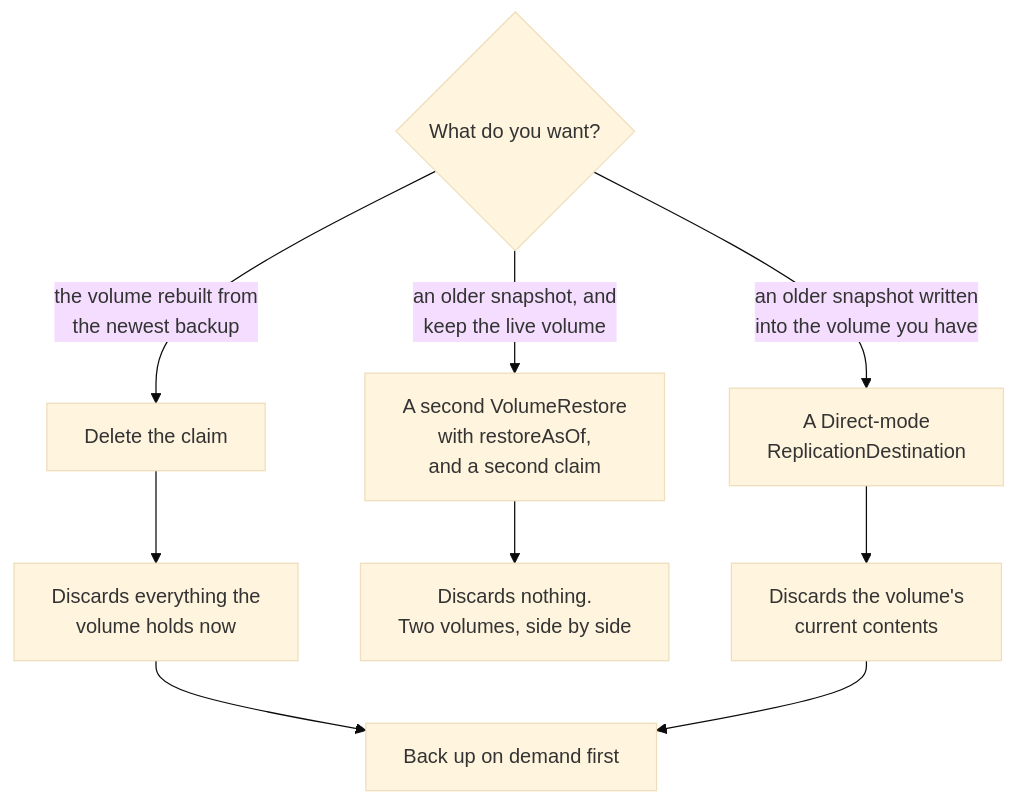
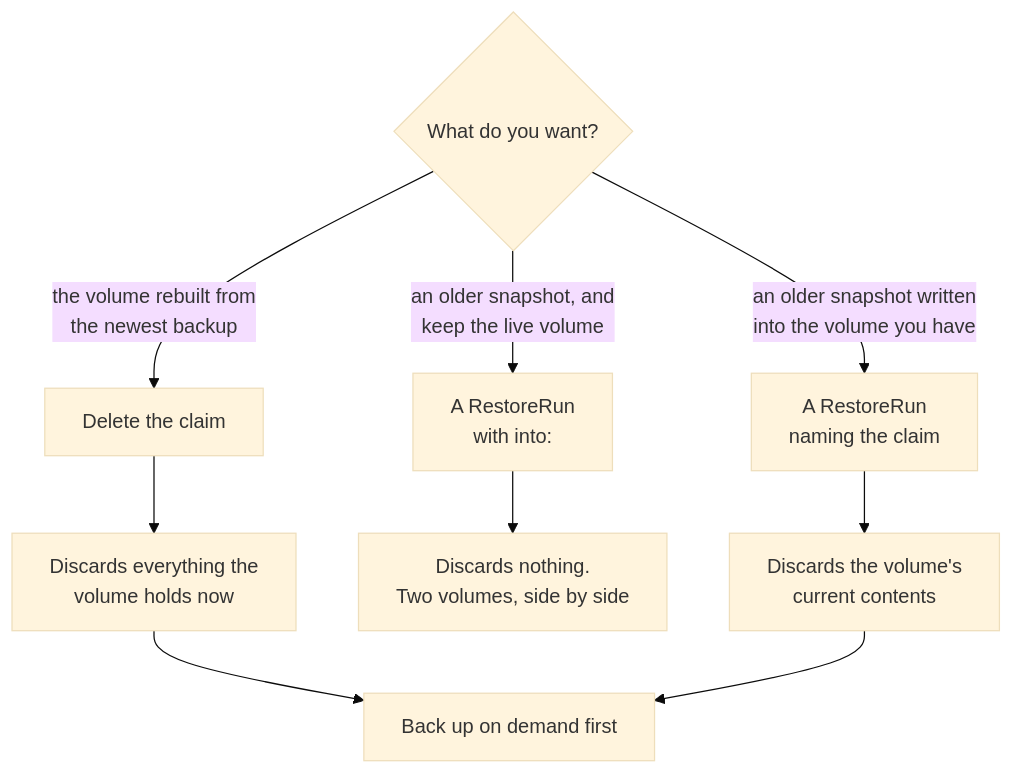
One commit to walzen-group/backup-controller changed the second of 3 diagrams in docs/restores.md. Above: the diagram before and after it, drawn with Mermaid (base theme). The commit also changed other lines of this file and 9 other files, not shown here.

````diff
--- a/docs/restores.md
+++ b/docs/restores.md
@@ -31,15 +32,15 @@
 ```mermaid
 flowchart TD
     S{"What do you want?"}
 
     S -- "the volume rebuilt from<br/>the newest backup" --> A["Delete the claim"]
-    S -- "an older snapshot, and<br/>keep the live volume" --> B["A second VolumeRestore<br/>with restoreAsOf,<br/>and a second claim"]
-    S -- "an older snapshot written<br/>into the volume you have" --> C["A Direct-mode<br/>ReplicationDestination"]
+    S -- "an older snapshot, and<br/>keep the live volume" --> B["A RestoreRun<br/>with into:"]
+    S -- "an older snapshot written<br/>into the volume you have" --> C["A RestoreRun<br/>naming the claim"]
 
     A --> A1["Discards everything the<br/>volume holds now"]
     B --> B1["Discards nothing.<br/>Two volumes, side by side"]
     C --> C1["Discards the volume's<br/>current contents"]
 
     A1 --> W["Back up on demand first"]
     C1 --> W
 ```
````
